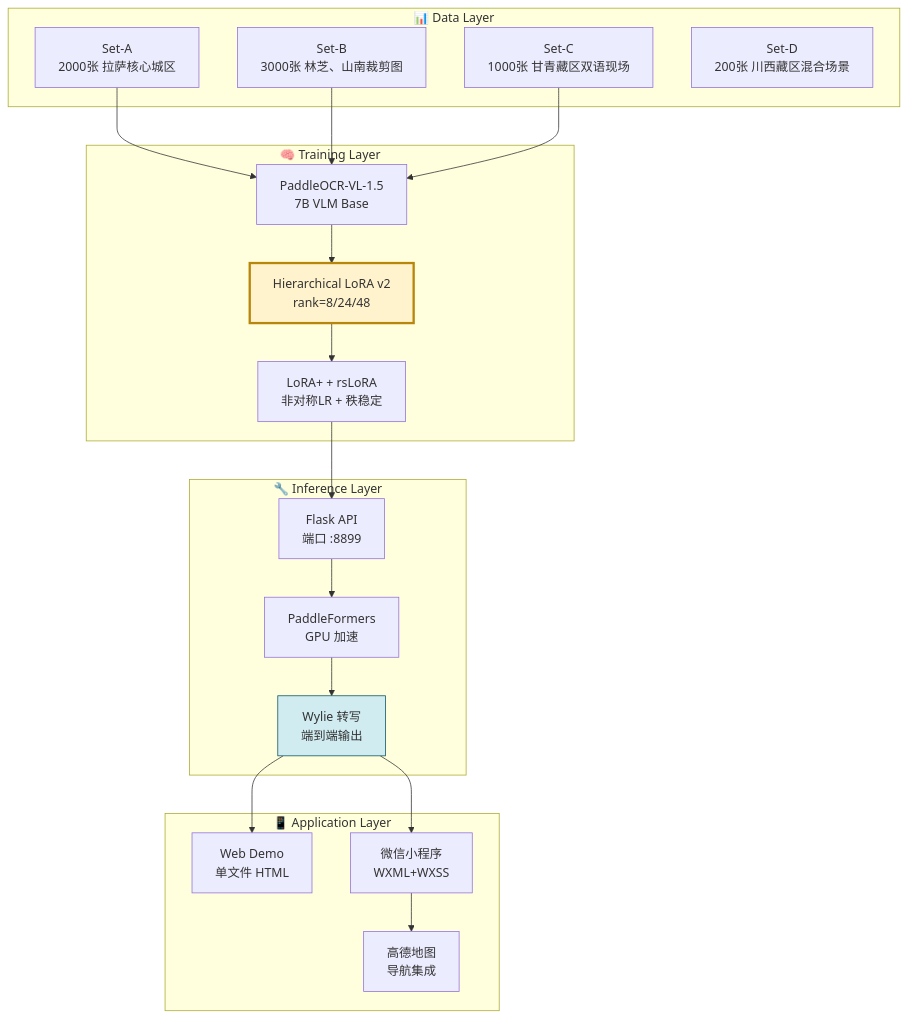
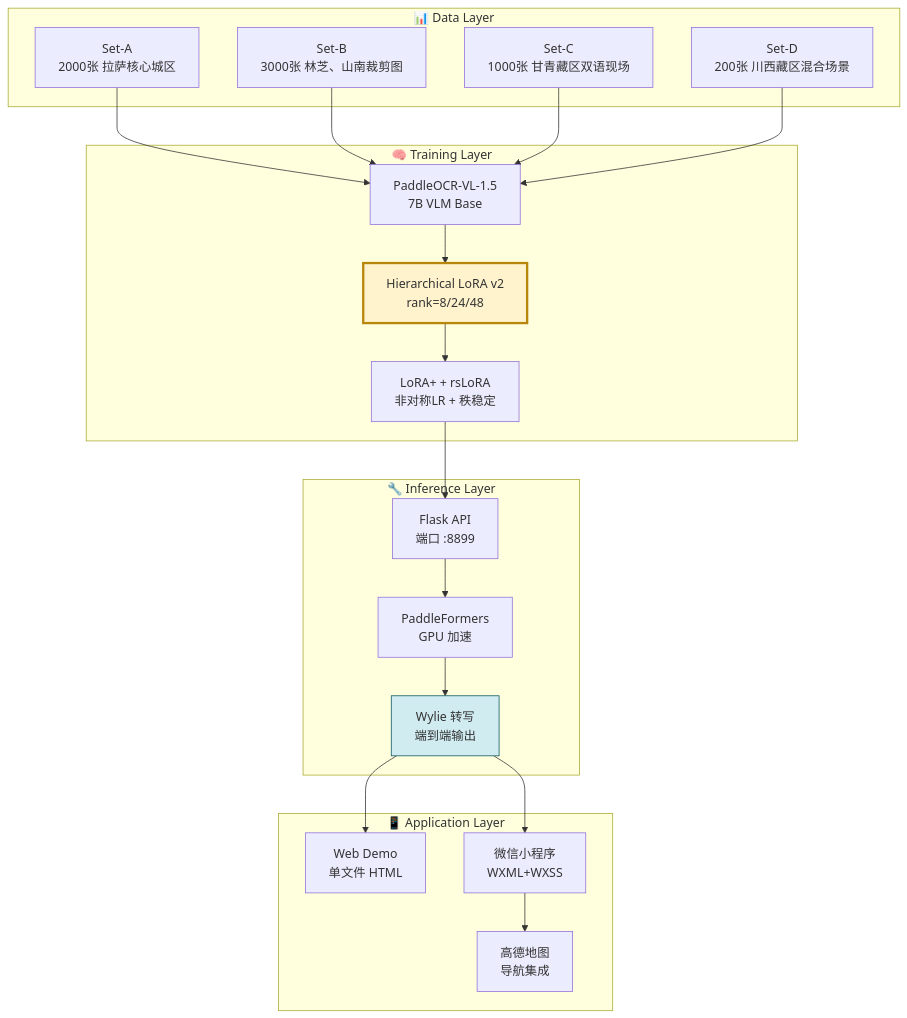
The first of 8 diagrams in README.md (JackXfmax/PaddleOCR_VL_1.5_Fine_Tuning), drawn with Mermaid before and after one commit.

````diff
--- a/README.md
+++ b/README.md
@@ -55,36 +55,36 @@
 ```mermaid
 graph TD
     subgraph 数据层["📊 Data Layer"]
         D1["Set-A<br/>2000张 拉萨核心城区"]
         D2["Set-B<br/>3000张 林芝、山南裁剪图"]
         D3["Set-C<br/>1000张 甘青藏区双语现场"]
         D4["Set-D<br/>200张 川西藏区混合场景"]
     end
 
     subgraph 训练层["🧠 Training Layer"]
         T1["PaddleOCR-VL-1.5<br/>7B VLM Base"]
         T2["Hierarchical LoRA v2<br/>rank=8/24/48"]
         T3["LoRA+ + rsLoRA<br/>非对称LR + 秩稳定"]
     end
 
     subgraph 推理层["🔧 Inference Layer"]
         I1["Flask API<br/>端口 :8899"]
         I2["PaddleFormers<br/>GPU 加速"]
         I3["Wylie 转写<br/>端到端输出"]
     end
 
     subgraph 应用层["📱 Application Layer"]
         A1["Web Demo<br/>单文件 HTML"]
         A2["微信小程序<br/>WXML+WXSS"]
         A3["高德地图<br/>导航集成"]
     end
 
-    D1 & D2 & D3 --> T1
+    D1 & D2 & D3 & D4 --> T1
     T1 --> T2 --> T3
     T3 --> I1 --> I2 --> I3
     I3 --> A1 & A2
     A2 --> A3
 
     style T2 fill:#fff3cd,stroke:#b8860b,stroke-width:3px
     style I3 fill:#d1ecf1,stroke:#0c5460
 ```
````
